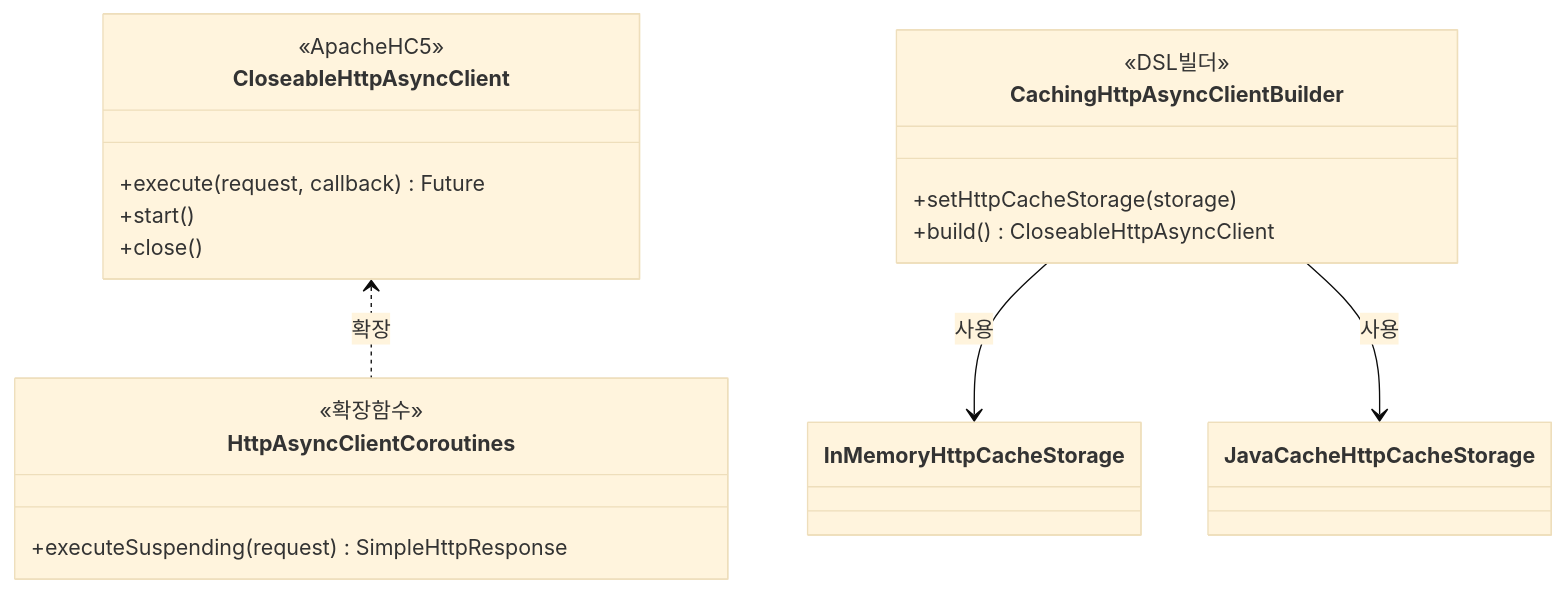
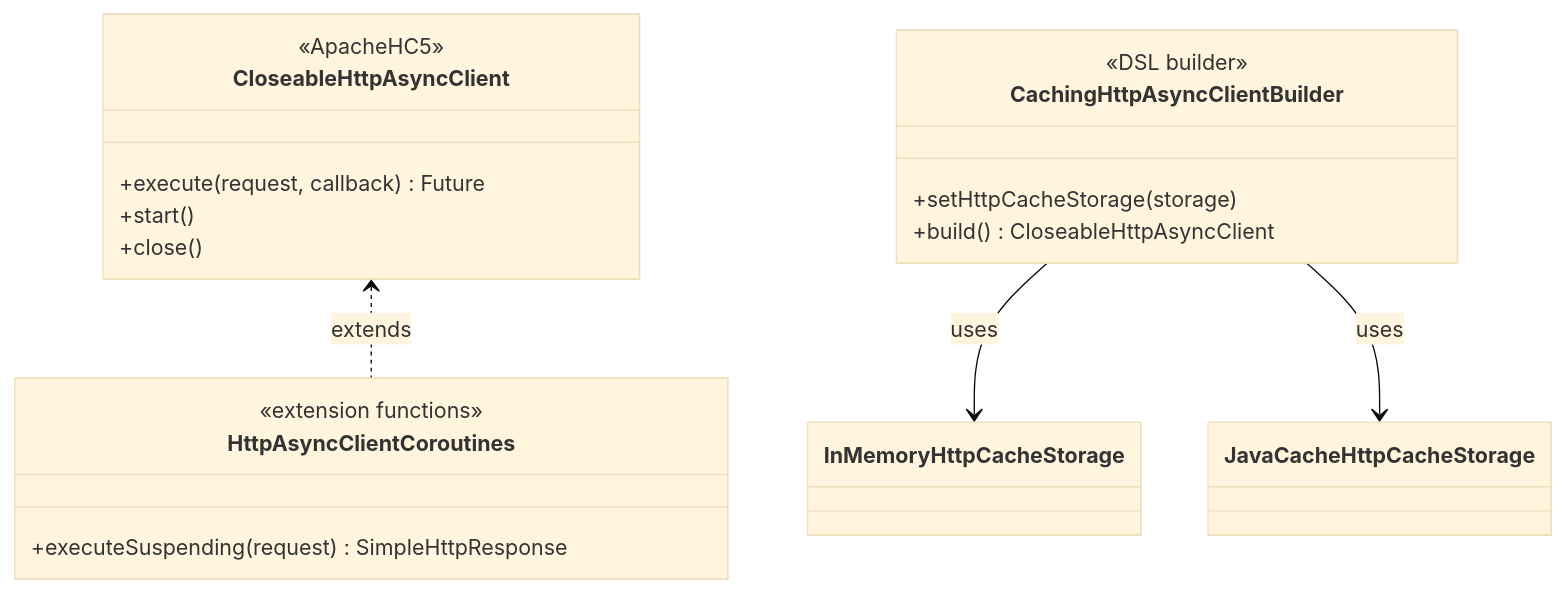
The first of 3 diagrams in io/http/README.md (bluetape4k/bluetape4k-projects), drawn with Mermaid (base theme) before and after one commit. The commit also changed other lines of this file and 265 other files, not shown here.

````diff
--- a/io/http/README.md
+++ b/io/http/README.md
@@ -183,26 +185,26 @@
 ```mermaid
 classDiagram
     class CloseableHttpAsyncClient {
         <<ApacheHC5>>
         +execute(request, callback) Future
         +start()
         +close()
     }
 
     class HttpAsyncClientCoroutines {
-        <<확장함수>>
+        <<extension functions>>
         +executeSuspending(request) SimpleHttpResponse
     }
 
     class CachingHttpAsyncClientBuilder {
-        <<DSL빌더>>
+        <<DSL builder>>
         +setHttpCacheStorage(storage)
         +build() CloseableHttpAsyncClient
     }
 
 
-    CachingHttpAsyncClientBuilder --> InMemoryHttpCacheStorage : 사용
-    CachingHttpAsyncClientBuilder --> JavaCacheHttpCacheStorage : 사용
-    CloseableHttpAsyncClient <.. HttpAsyncClientCoroutines : 확장
+    CachingHttpAsyncClientBuilder --> InMemoryHttpCacheStorage : uses
+    CachingHttpAsyncClientBuilder --> JavaCacheHttpCacheStorage : uses
+    CloseableHttpAsyncClient <.. HttpAsyncClientCoroutines : extends
 
 ```
````
